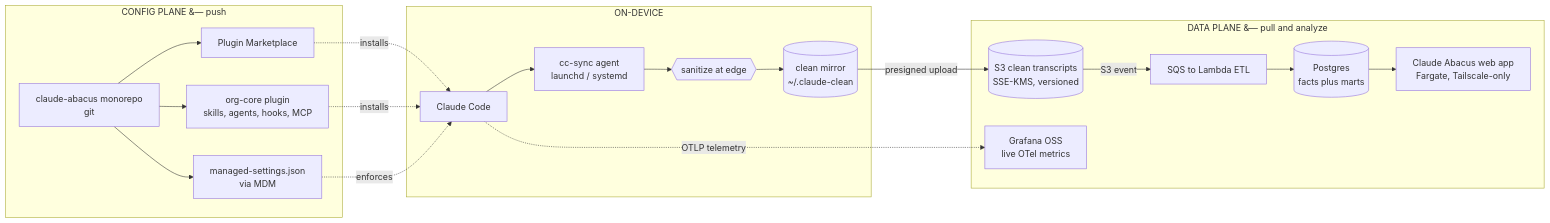
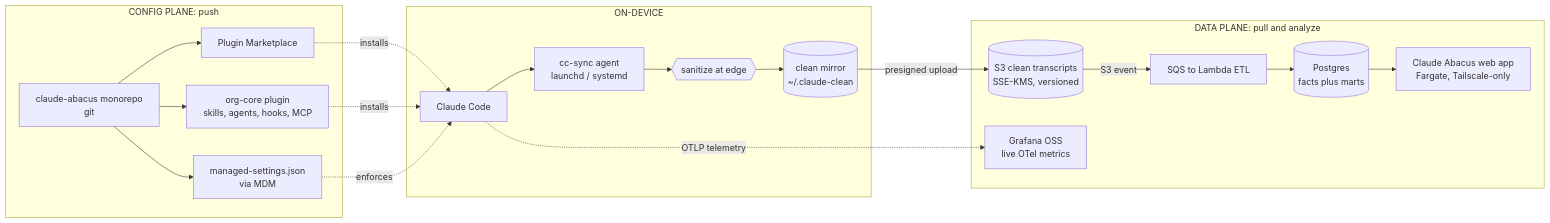
The second of 5 diagrams in bytesofpurpose-blog/designs/2026-07-04-claude-abacus.mdx (omars-lab/omars-lab.github.io), drawn with Mermaid before and after one commit. The commit also changed other lines of this file, not shown here.

Commit message:
fix(claude-abacus): drop the &#8212; entities from the mermaid labels
The CONFIG/DATA PLANE subgraph labels used the &#8212; HTML entity, which renders
as an em-dash (AI voice) in the browser. Replaced with a colon ("CONFIG PLANE:
push"). Reads cleaner and carries no dash.

````diff
--- a/bytesofpurpose-blog/designs/2026-07-04-claude-abacus.mdx
+++ b/bytesofpurpose-blog/designs/2026-07-04-claude-abacus.mdx
@@ -124,37 +124,37 @@
 ```mermaid
 %% animate: flow
 graph LR
-    subgraph config["CONFIG PLANE &#8212; push"]
+    subgraph config["CONFIG PLANE: push"]
         REPO[claude-abacus monorepo<br/>git]
         MKT[Plugin Marketplace]
         CORE[org-core plugin<br/>skills, agents, hooks, MCP]
         MGD[managed-settings.json<br/>via MDM]
         REPO --> MKT
         REPO --> CORE
         REPO --> MGD
     end
 
     subgraph laptop["ON-DEVICE"]
         CC[Claude Code]
         SYNC[cc-sync agent<br/>launchd / systemd]
         SAN{{sanitize at edge}}
         CLEAN[(clean mirror<br/>~/.claude-clean)]
         CC --> SYNC --> SAN --> CLEAN
     end
 
-    subgraph cloud["DATA PLANE &#8212; pull and analyze"]
+    subgraph cloud["DATA PLANE: pull and analyze"]
         S3[(S3 clean transcripts<br/>SSE-KMS, versioned)]
         ETL[SQS to Lambda ETL]
         PG[(Postgres<br/>facts plus marts)]
         APP[Claude Abacus web app<br/>Fargate, Tailscale-only]
         GRAF[Grafana OSS<br/>live OTel metrics]
     end
 
     MKT -.installs.-> CC
     CORE -.installs.-> CC
     MGD -.enforces.-> CC
     CLEAN -->|presigned upload| S3
     S3 -->|S3 event| ETL --> PG --> APP
     CC -.OTLP telemetry.-> GRAF
 
 ```
````
